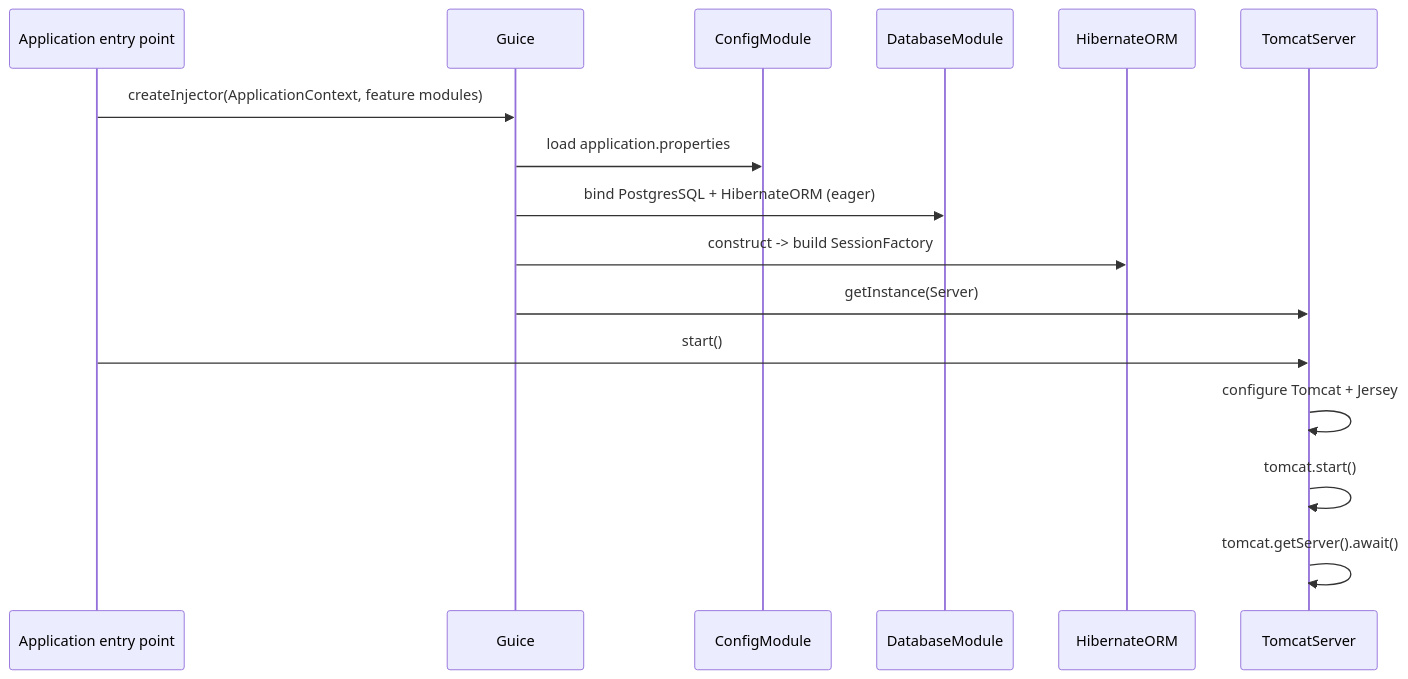
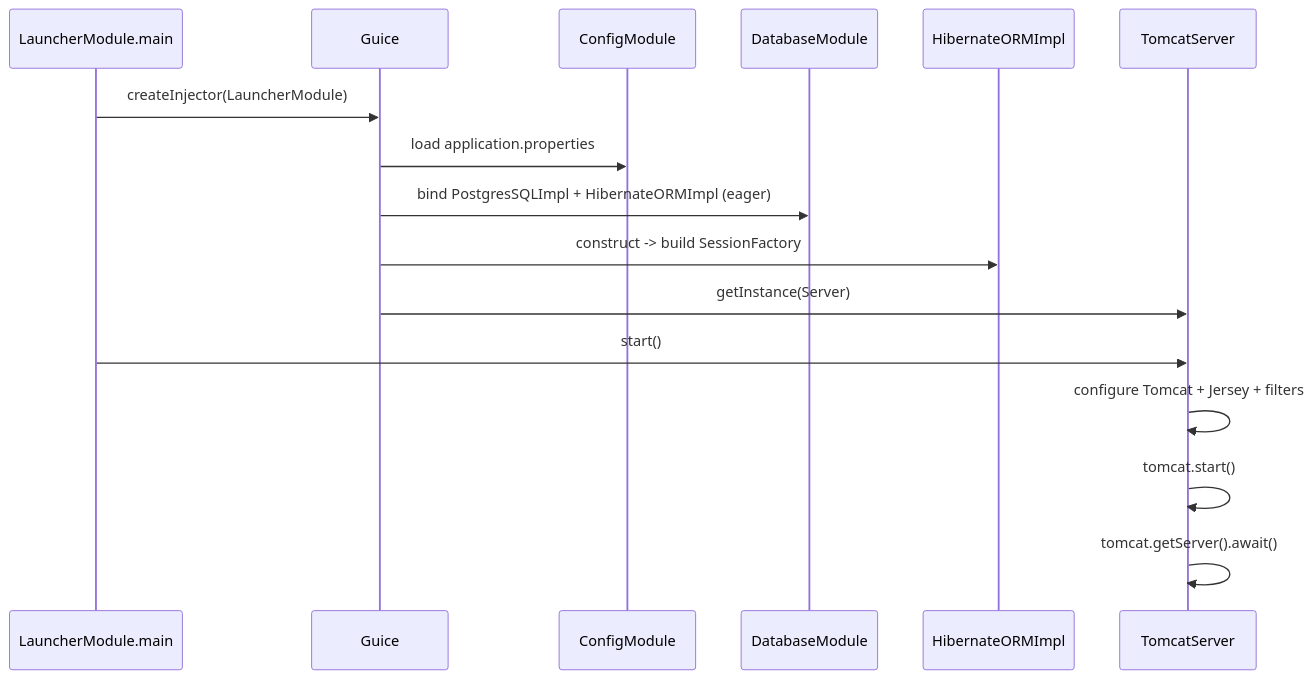
The second of 3 diagrams in docs/FRAMEWORK.md (Onix322/fleet-management), drawn with Mermaid before and after one commit. The commit also changed other lines of this file and 2 other files, not shown here.

First line of the commit message:
docs: document persistence, launcher and initializer split

````diff
--- a/docs/FRAMEWORK.md
+++ b/docs/FRAMEWORK.md
@@ -412,19 +560,19 @@
 ```mermaid
 sequenceDiagram
-    participant Main as Application entry point
+    participant Main as LauncherModule.main
     participant Guice
     participant Config as ConfigModule
     participant DB as DatabaseModule
-    participant ORM as HibernateORM
+    participant ORM as HibernateORMImpl
     participant Srv as TomcatServer
 
-    Main->>Guice: createInjector(ApplicationContext, feature modules)
+    Main->>Guice: createInjector(LauncherModule)
     Guice->>Config: load application.properties
-    Guice->>DB: bind PostgresSQL + HibernateORM (eager)
+    Guice->>DB: bind PostgresSQLImpl + HibernateORMImpl (eager)
     Guice->>ORM: construct -> build SessionFactory
     Guice->>Srv: getInstance(Server)
     Main->>Srv: start()
-    Srv->>Srv: configure Tomcat + Jersey
+    Srv->>Srv: configure Tomcat + Jersey + filters
     Srv->>Srv: tomcat.start()
     Srv->>Srv: tomcat.getServer().await()
 ```
````
